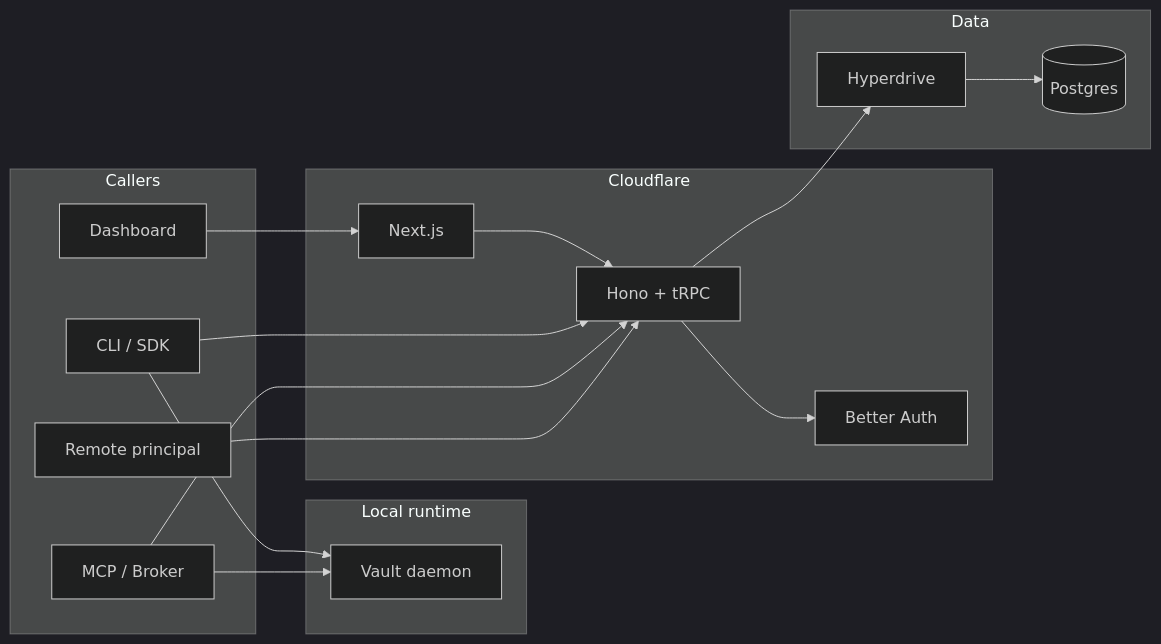
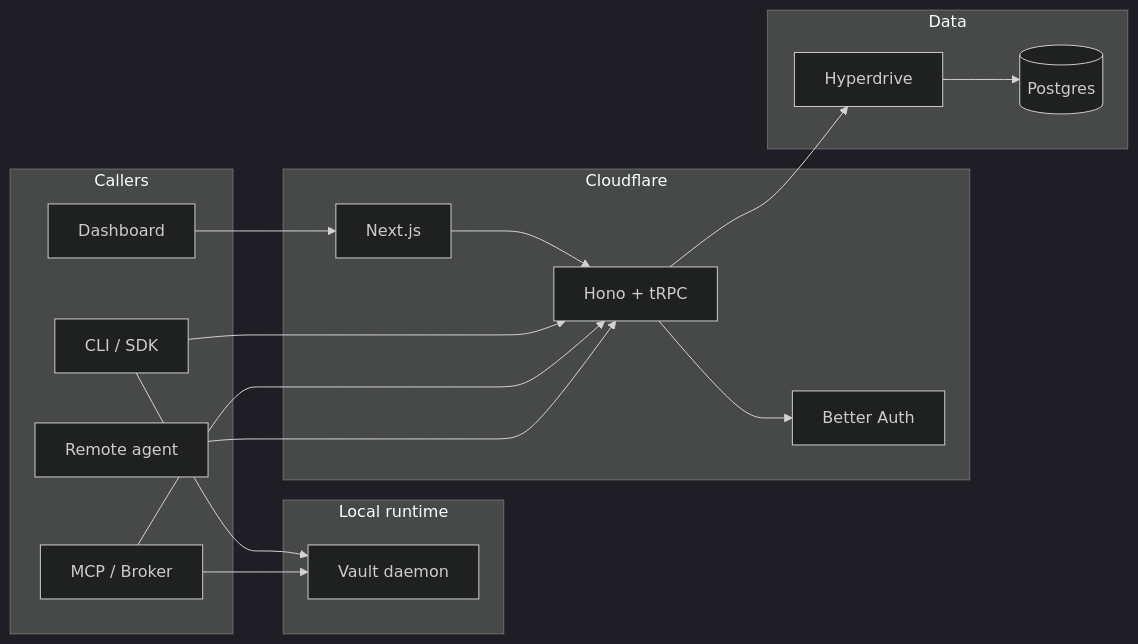
The diagram in docs/ARCHITECTURE.md (punitarani/abadge), drawn with Mermaid (dark theme) before and after one commit. The commit also changed other lines of this file and 58 other files, not shown here.

````diff
--- a/docs/ARCHITECTURE.md
+++ b/docs/ARCHITECTURE.md
@@ -54,34 +54,34 @@
 ```mermaid
 flowchart LR
   subgraph Clients["Callers"]
     Browser["Dashboard"]
     CLI["CLI / SDK"]
     MCP["MCP / Broker"]
-    Remote["Remote principal"]
+    Remote["Remote agent"]
   end
 
   subgraph Local["Local runtime"]
     Daemon["Vault daemon"]
   end
 
   subgraph Edge["Cloudflare"]
     Web["Next.js"]
     API["Hono + tRPC"]
     Auth["Better Auth"]
   end
 
   subgraph Data["Data"]
     Hyperdrive["Hyperdrive"]
     DB[(Postgres)]
   end
 
   Browser --> Web
   Web --> API
   CLI --> API
   MCP --> API
   Remote --> API
   CLI --> Daemon
   MCP --> Daemon
   API --> Auth
   API --> Hyperdrive --> DB
 ```
````
